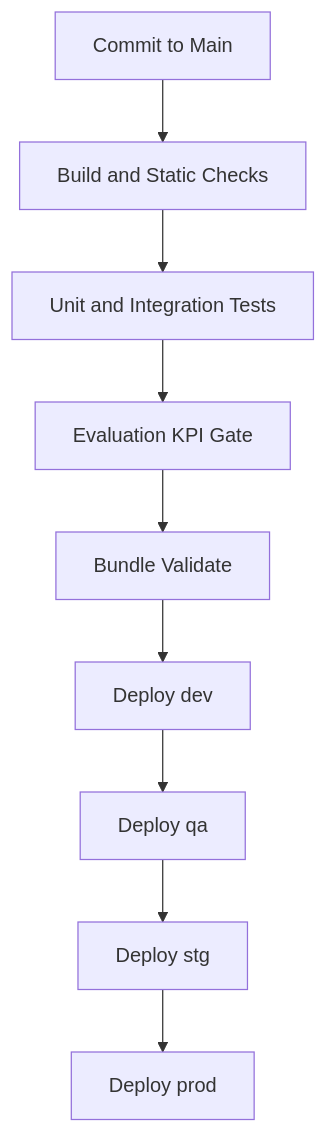
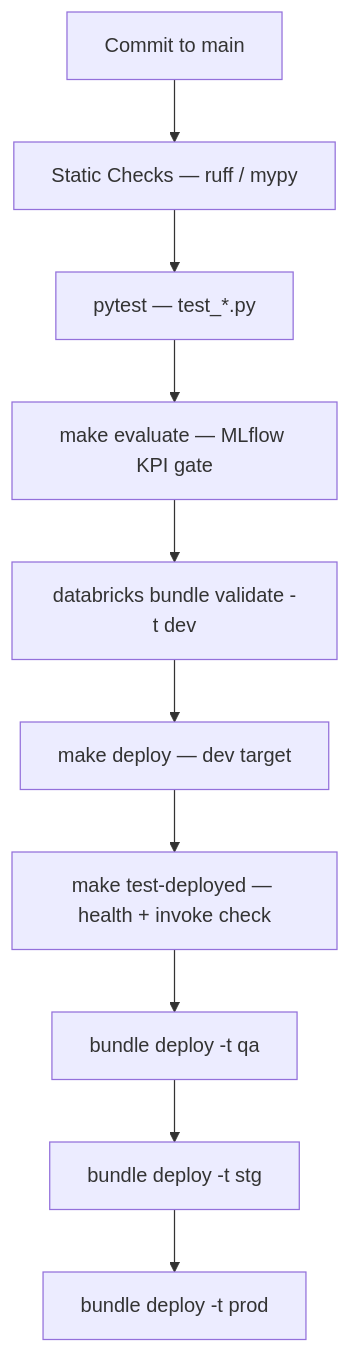
Before and after one commit to wchen-dea/Governed-Multi-Agent-Intelligence-on-Databricks: the second of 5 diagrams in docs/architecture/design-artifacts/06-deployment-detailed.md, drawn with Mermaid. The commit also changed other lines of this file and 51 other files, not shown here.

````diff
--- a/docs/architecture/design-artifacts/06-deployment-detailed.md
+++ b/docs/architecture/design-artifacts/06-deployment-detailed.md
@@ -26,11 +27,12 @@
 ```mermaid
 flowchart TD
-    Commit[Commit to Main] --> Build[Build and Static Checks]
-    Build --> Unit[Unit and Integration Tests]
-    Unit --> Eval[Evaluation KPI Gate]
-    Eval --> Validate[Bundle Validate]
-    Validate --> DeployDev[Deploy dev]
-    DeployDev --> DeployQA[Deploy qa]
-    DeployQA --> DeployStg[Deploy stg]
-    DeployStg --> DeployProd[Deploy prod]
+    Commit[Commit to main] --> Lint[Static Checks — ruff / mypy]
+    Lint --> Unit[pytest — test_*.py]
+    Unit --> Eval[make evaluate — MLflow KPI gate]
+    Eval --> Validate[databricks bundle validate -t dev]
+    Validate --> DeployDev[make deploy — dev target]
+    DeployDev --> Smoke[make test-deployed — health + invoke check]
+    Smoke --> DeployQA[bundle deploy -t qa]
+    DeployQA --> DeployStg[bundle deploy -t stg]
+    DeployStg --> DeployProd[bundle deploy -t prod]
 ```
````
